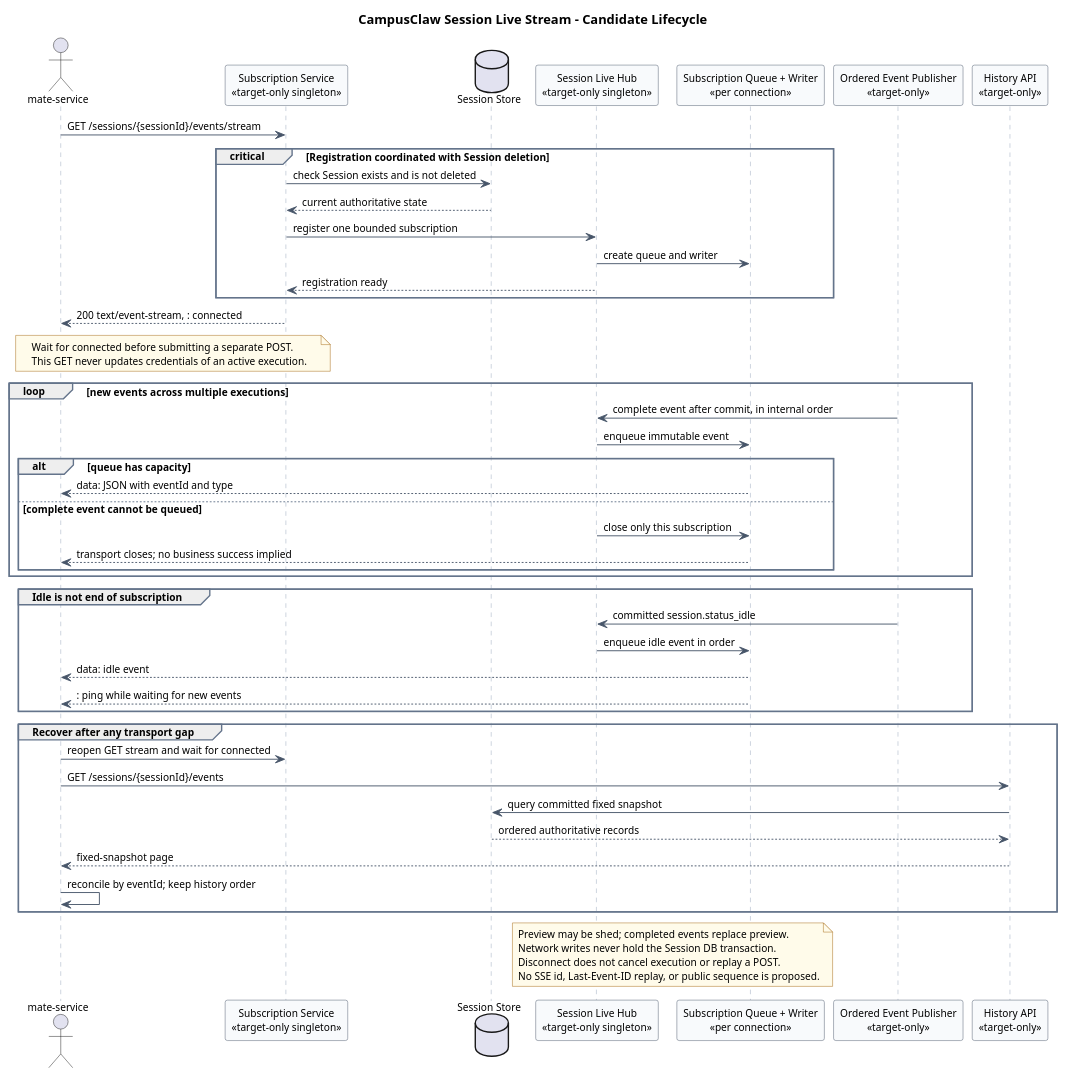
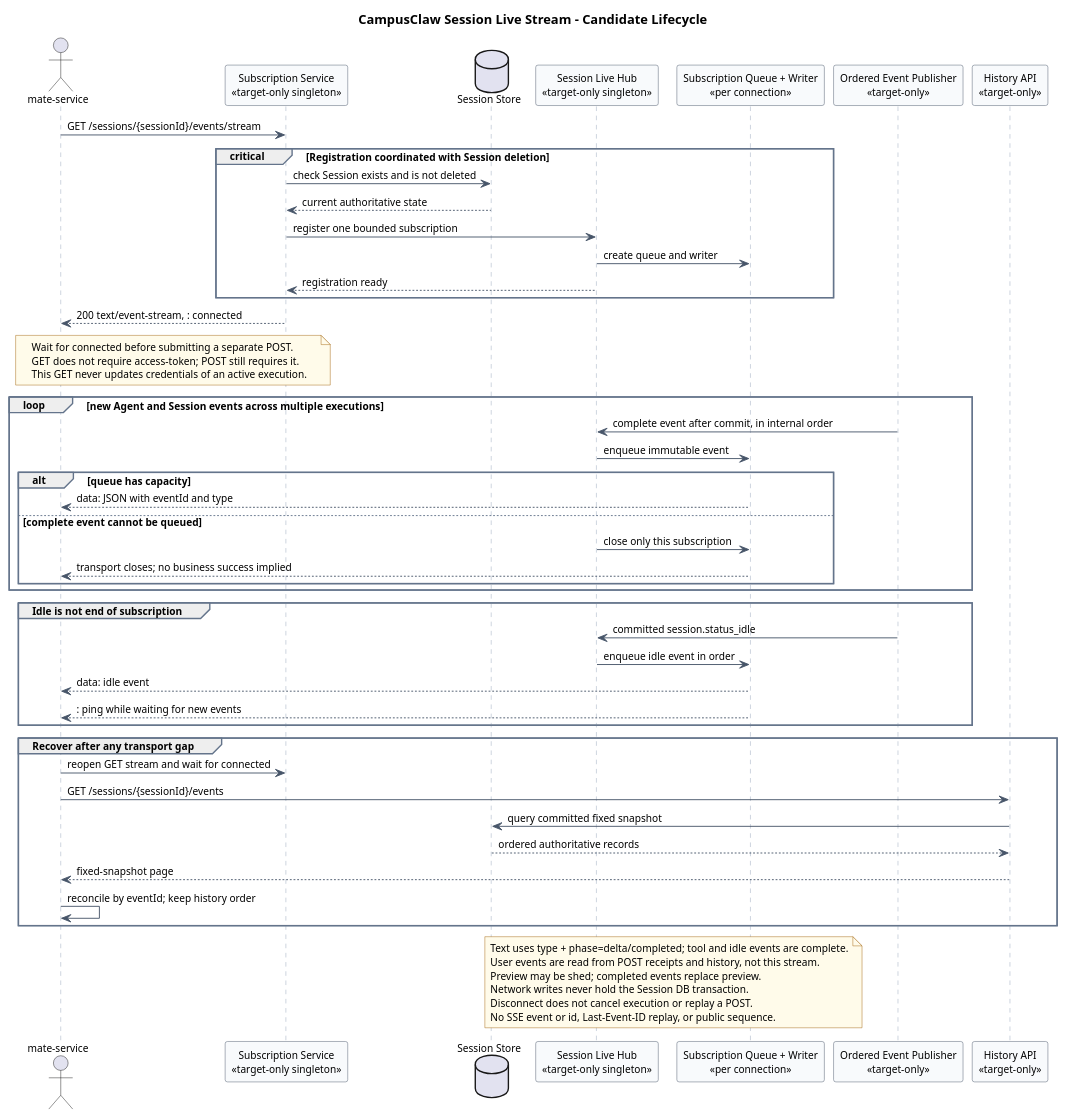
One commit to ssm0808/pi-mono-java-design changed the third of 3 diagrams in 01-总体架构/01-CampusClaw多Agent运行时/设计图/事件接口重设计/diagram.puml. Above: the diagram before and after it, drawn with PlantUML. The commit also changed 9 other files, not shown here.

```diff
--- a/01-总体架构/01-CampusClaw多Agent运行时/设计图/事件接口重设计/diagram.puml
+++ b/01-总体架构/01-CampusClaw多Agent运行时/设计图/事件接口重设计/diagram.puml
@@ -283,90 +283,94 @@
 @startuml target_session_live_stream_lifecycle
 title CampusClaw Session Live Stream - Candidate Lifecycle
 
 ' Source evidence (pi-mono-java a8192e047f4061bd385297d3dc6c4358362d0d49):
 ' campusclaw/src/main/java/com/huawei/hicampus/claw/codingagent/runtimeapi/web/RuntimeEventController.java,
 ' RuntimeEventController.submit and list: POST-scoped SSE; no standalone GET stream.
 ' campusclaw/src/main/java/com/huawei/hicampus/claw/codingagent/runtimeapi/event/RuntimeEventStream.java,
 ' RuntimeEventStream.attach, emit, and emitBestEffort: one subscriber and bounded buffering.
 ' campusclaw/src/main/java/com/huawei/hicampus/claw/codingagent/runtimeapi/web/RuntimeSseEmitterSubscriber.java,
 ' onEvent and onHeartbeat: named SSE with optional id; heartbeat comments.
 ' The cited files are unchanged from c9d858bc8261bf07f5585f545b53495bf2226a56.
 ' Target-only architecture change: register Session-scoped subscriptions independently
-' of execution; data-only frames and connected comments are unconfirmed proposals.
+' of execution; data-only frames are confirmed, connected comments remain proposed.
 ' Confirmed product constraint (2026-09-04): idle uses session.status_idle.
-' This naming decision does not approve the candidate frame or preview structure.
+' Confirmed S1-S4: data-only, text type + phase, user events via receipt/history,
+' and no required GET access-token. Other lifecycle details remain proposed.
 ' Design reason: distinguish subscription readiness, durable commit order, preview,
 ' and transport loss without cancelling or replaying an accepted user request.
 
 skinparam backgroundColor #FFFFFF
 skinparam shadowing false
 skinparam defaultFontName Arial
 skinparam defaultFontSize 11
 skinparam sequence {
   ArrowColor #475569
   ParticipantBorderColor #475569
   ParticipantBackgroundColor #F8FAFC
   LifeLineBorderColor #94A3B8
   GroupBorderColor #64748B
 }
 skinparam note {
   BackgroundColor #FFFBEA
   BorderColor #A16207
 }
 
 actor "mate-service" as Client
 participant "Subscription Service\n<<target-only singleton>>" as Service
 database "Session Store" as Store
 participant "Session Live Hub\n<<target-only singleton>>" as Hub
 participant "Subscription Queue + Writer\n<<per connection>>" as Connection
 participant "Ordered Event Publisher\n<<target-only>>" as Publisher
 participant "History API\n<<target-only>>" as History
 
 Client -> Service : GET /sessions/{sessionId}/events/stream
 critical Registration coordinated with Session deletion
   Service -> Store : check Session exists and is not deleted
   Store --> Service : current authoritative state
   Service -> Hub : register one bounded subscription
   Hub -> Connection : create queue and writer
   Hub --> Service : registration ready
 end
 Service --> Client : 200 text/event-stream, : connected
 note over Client,Service
 Wait for connected before submitting a separate POST.
+GET does not require access-token; POST still requires it.
 This GET never updates credentials of an active execution.
 end note
 
-loop new events across multiple executions
+loop new Agent and Session events across multiple executions
   Publisher -> Hub : complete event after commit, in internal order
   Hub -> Connection : enqueue immutable event
   alt queue has capacity
     Connection --> Client : data: JSON with eventId and type
   else complete event cannot be queued
     Hub -> Connection : close only this subscription
     Connection --> Client : transport closes; no business success implied
   end
 end
 
 group Idle is not end of subscription
   Publisher -> Hub : committed session.status_idle
   Hub -> Connection : enqueue idle event in order
   Connection --> Client : data: idle event
   Connection --> Client : : ping while waiting for new events
 end
 
 group Recover after any transport gap
   Client -> Service : reopen GET stream and wait for connected
   Client -> History : GET /sessions/{sessionId}/events
   History -> Store : query committed fixed snapshot
   Store --> History : ordered authoritative records
   History --> Client : fixed-snapshot page
   Client -> Client : reconcile by eventId; keep history order
 end
 
 note over Hub,Connection
+Text uses type + phase=delta/completed; tool and idle events are complete.
+User events are read from POST receipts and history, not this stream.
 Preview may be shed; completed events replace preview.
 Network writes never hold the Session DB transaction.
 Disconnect does not cancel execution or replay a POST.
-No SSE id, Last-Event-ID replay, or public sequence is proposed.
+No SSE event or id, Last-Event-ID replay, or public sequence.
 end note
 @enduml
```
